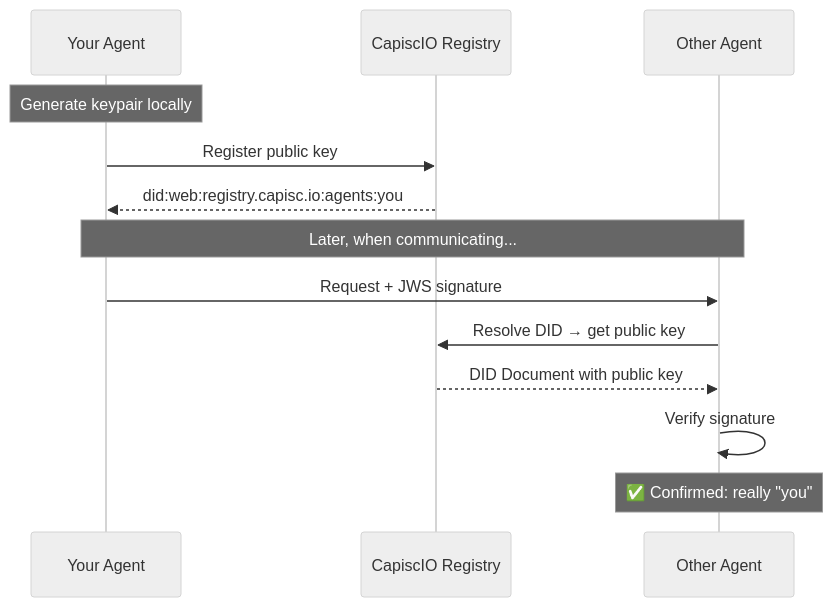
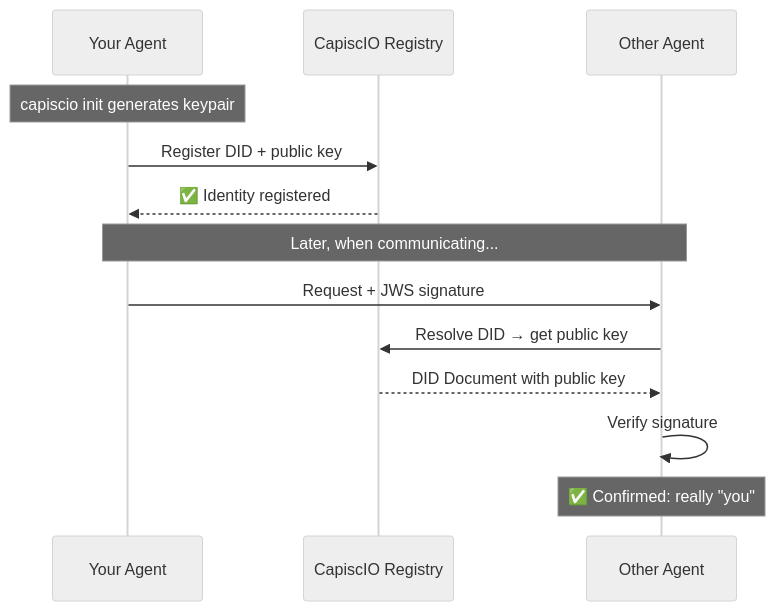
The diagram in docs/identity/index.md (capiscio/capiscio-docs), drawn with Mermaid (neutral theme) before and after one commit. The commit also changed other lines of this file and 1 other file, not shown here.

````diff
--- a/docs/identity/index.md
+++ b/docs/identity/index.md
@@ -88,17 +131,17 @@
 ```mermaid
 sequenceDiagram
     participant A as Your Agent
     participant R as CapiscIO Registry
     participant B as Other Agent
     
-    Note over A: Generate keypair locally
-    A->>R: Register public key
-    R-->>A: did:web:registry.capisc.io:agents:you
+    Note over A: capiscio init generates keypair
+    A->>R: Register DID + public key
+    R-->>A: ✅ Identity registered
     
     Note over A,B: Later, when communicating...
     A->>B: Request + JWS signature
     B->>R: Resolve DID → get public key
     R-->>B: DID Document with public key
     B->>B: Verify signature
     Note over B: ✅ Confirmed: really "you"
 ```
````
